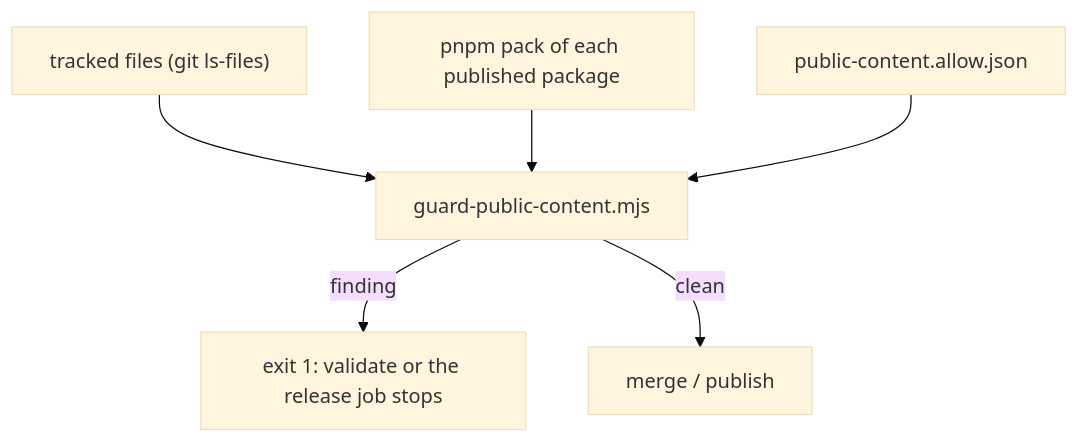
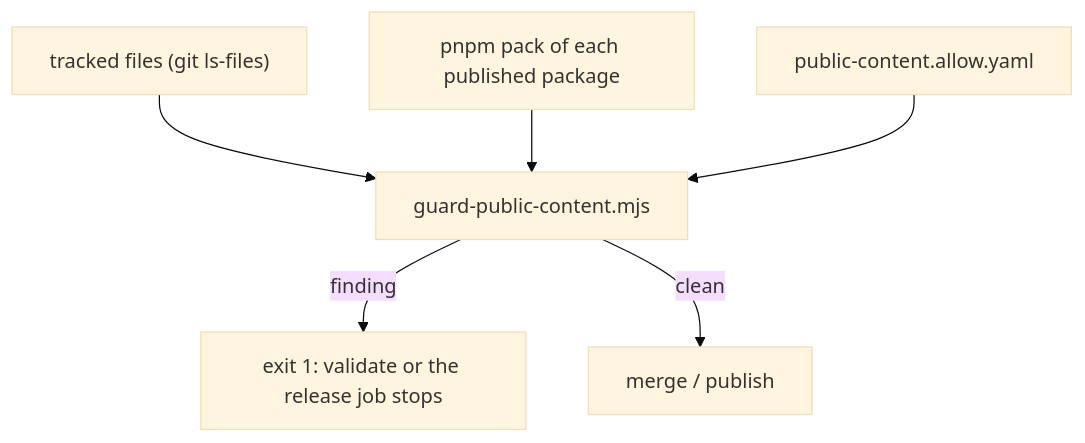
Before and after one commit to figentra/stackra: the diagram in .agents/specs/sta-2876-scrub-internal-content/plan.md, drawn with Mermaid (base theme). The commit also changed other lines of this file and 8 other files, not shown here.

````diff
--- a/.agents/specs/sta-2876-scrub-internal-content/plan.md
+++ b/.agents/specs/sta-2876-scrub-internal-content/plan.md
@@ -85,8 +85,8 @@
 ```mermaid
 flowchart TD
   files["tracked files (git ls-files)"] --> guard["guard-public-content.mjs"]
   packs["pnpm pack of each published package"] --> guard
-  allow["public-content.allow.json"] --> guard
+  allow["public-content.allow.yaml"] --> guard
   guard -->|finding| fail["exit 1: validate or the release job stops"]
   guard -->|clean| pass["merge / publish"]
 ```
````
